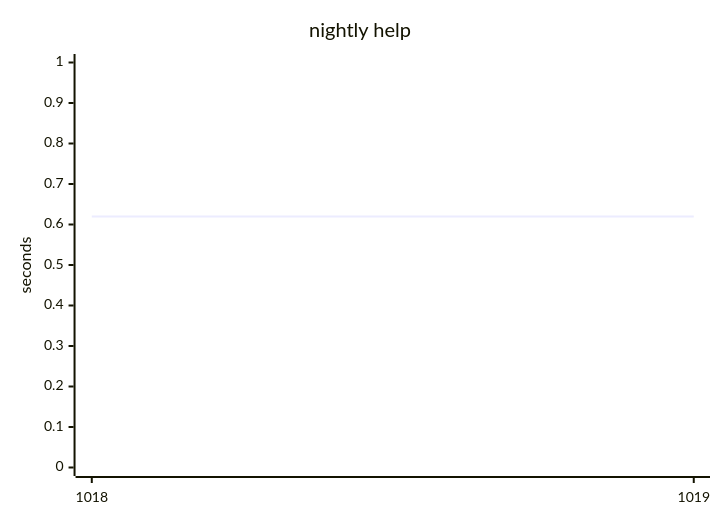
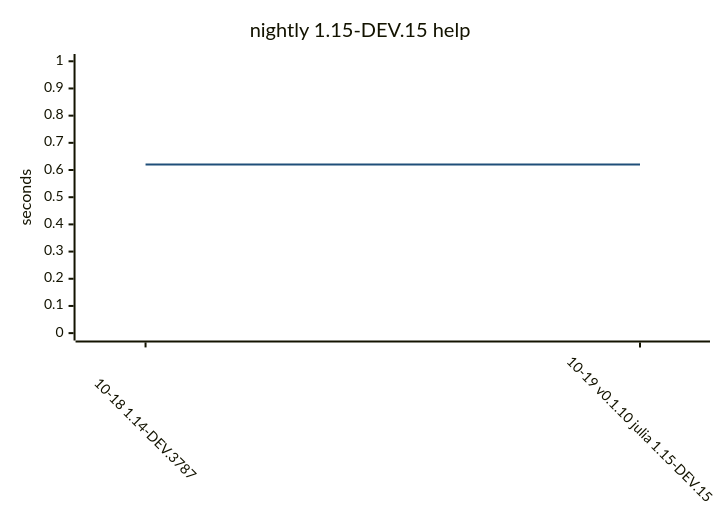
The seventh of 9 diagrams in README.md (yamanori99/DistSSHRun.jl), drawn with Mermaid before and after one commit. The commit also changed other lines of this file and 1 other file, not shown here.

Commit message:
Record compile bench for 1.14-nightly.

````diff
--- a/README.md
+++ b/README.md
@@ -178,7 +240,17 @@
 ```mermaid
+---
+config:
+  theme: base
+  themeVariables:
+    xyChart:
+      plotColorPalette: "#1f4e79"
+  xyChart:
+    xAxis:
+      labelRotation: 45
+---
 xychart-beta
-    title "nightly help"
-    x-axis ["1018", "1019"]
+    title "nightly 1.15-DEV.15 help"
+    x-axis ["10-18 1.14-DEV.3787", "10-19 v0.1.10 julia 1.15-DEV.15"]
     y-axis "seconds" 0 --> 1
     line [0.62, 0.62]
 ```
````
